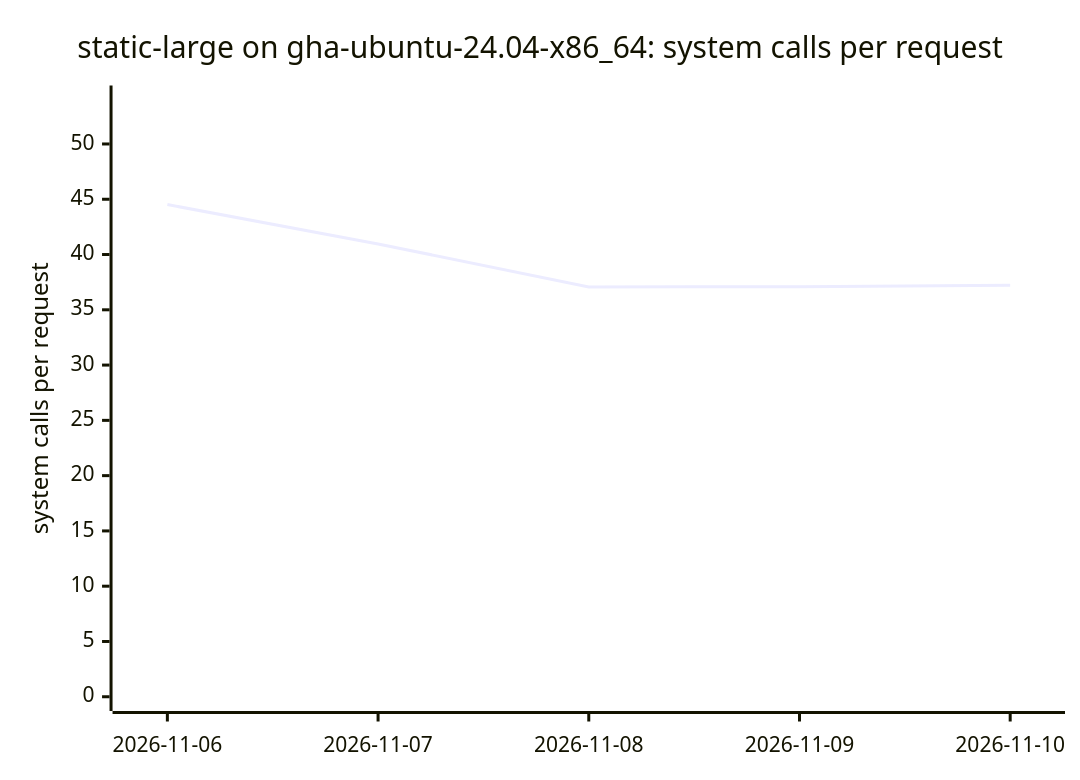
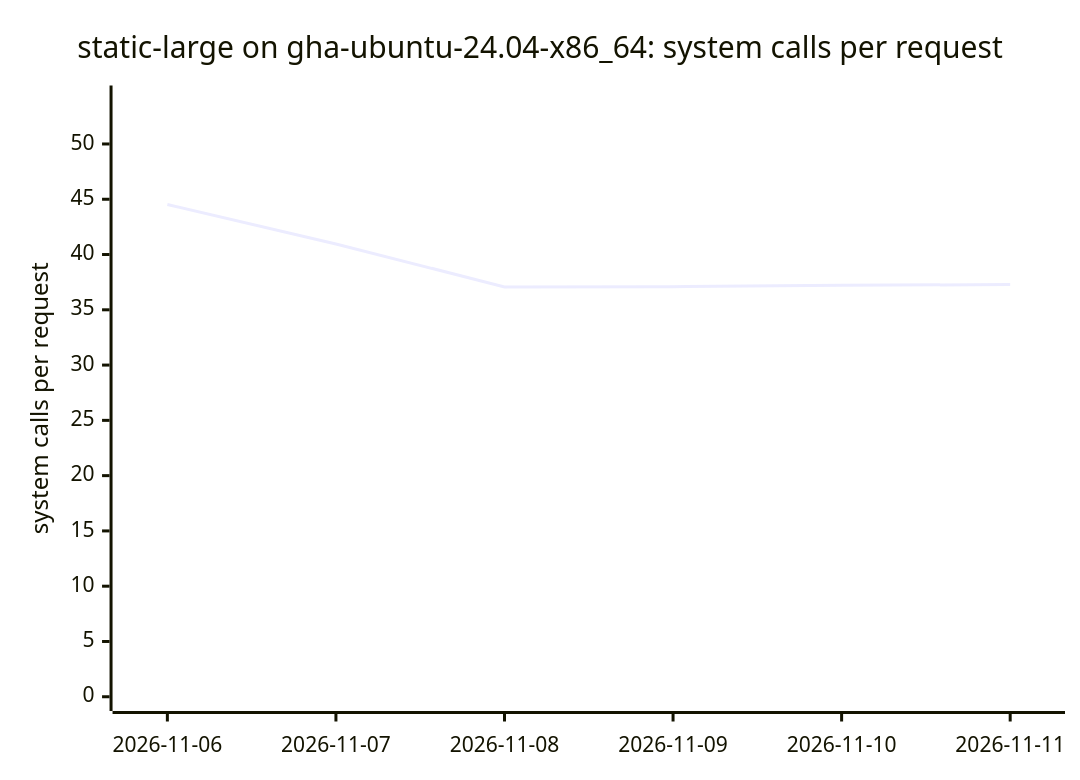
One commit to ThePixelPilgrim/durchlauferhitzer changed diagram 11 of 18 in BENCHMARKS.md. Above: the diagram before and after it, drawn with Mermaid. The commit also changed other lines of this file and 1 other file, not shown here.

````diff
--- a/BENCHMARKS.md
+++ b/BENCHMARKS.md
@@ -128,7 +128,7 @@
 ```mermaid
 xychart-beta
   title "static-large on gha-ubuntu-24.04-x86_64: system calls per request"
-  x-axis ["2026-11-06", "2026-11-07", "2026-11-08", "2026-11-09", "2026-11-10"]
+  x-axis ["2026-11-06", "2026-11-07", "2026-11-08", "2026-11-09", "2026-11-10", "2026-11-11"]
   y-axis "system calls per request" 0 --> 54
-  line [44.52, 40.96, 37.07, 37.09, 37.22]
+  line [44.52, 40.96, 37.07, 37.09, 37.22, 37.28]
 ```
````
